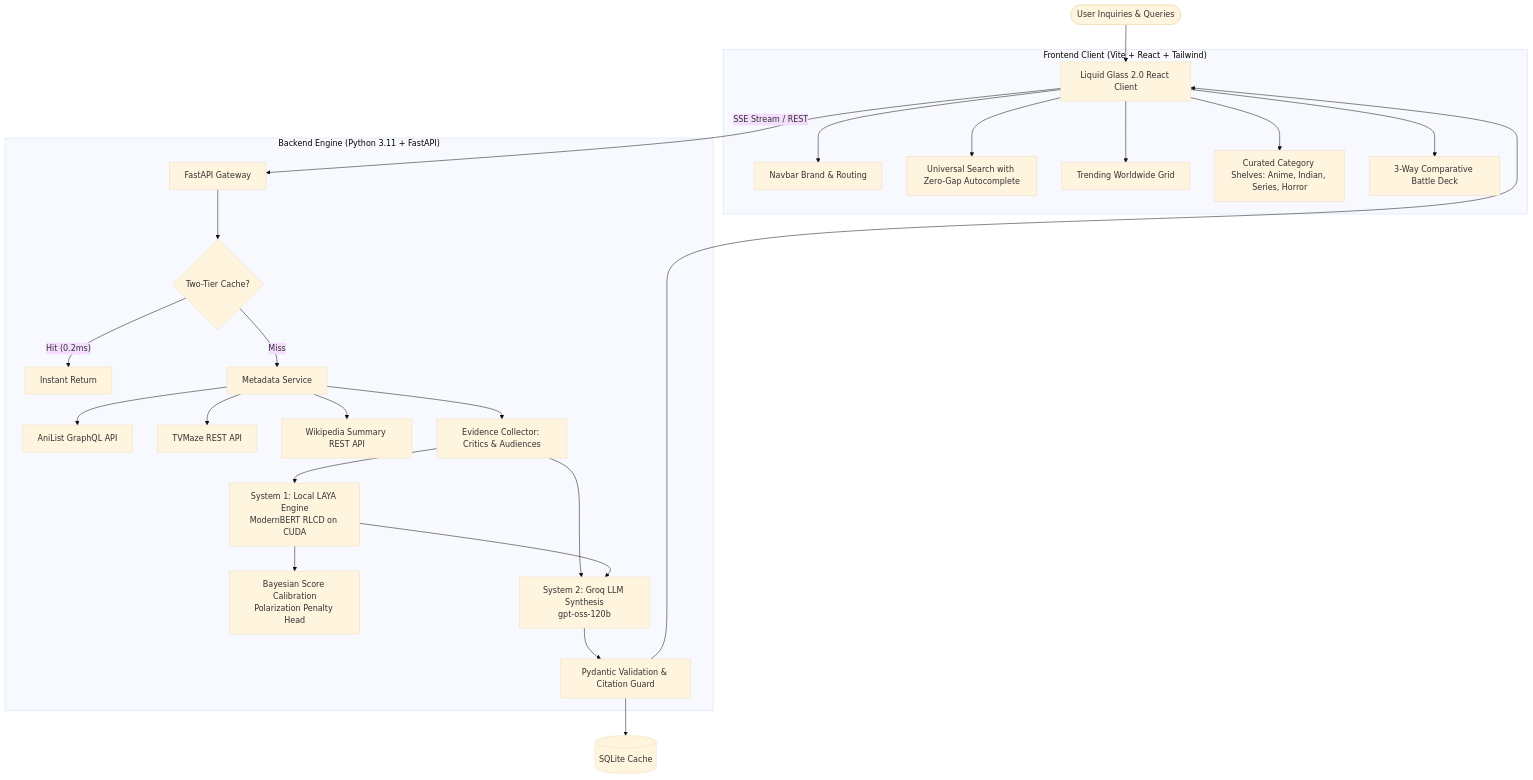
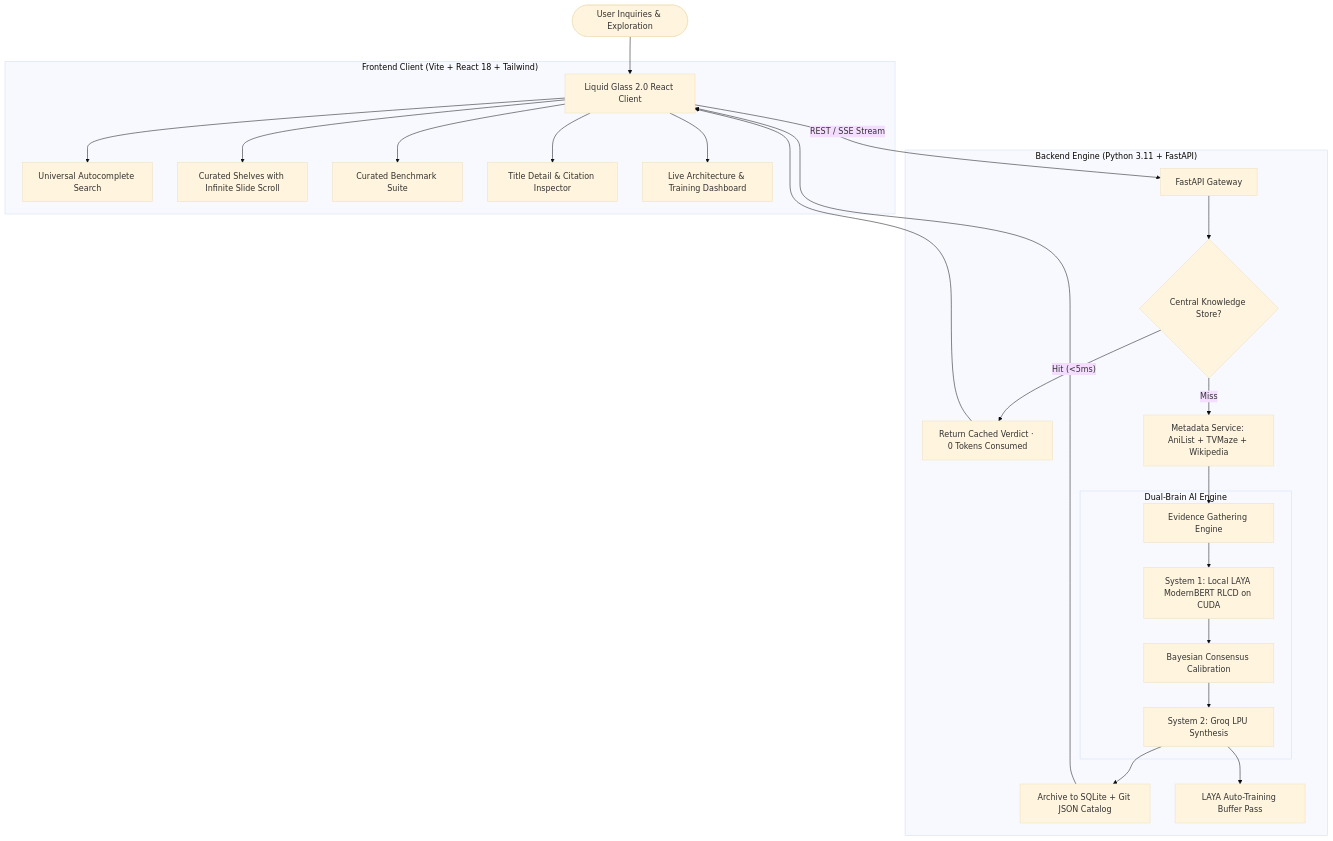
One commit to Morningstar777-star/CineScope changed the diagram in README.md. Above: the diagram before and after it, drawn with Mermaid (base theme). The commit also changed other lines of this file and 10 other files, not shown here.

````diff
--- a/README.md
+++ b/README.md
@@ -83,35 +144,34 @@
 ```mermaid
 flowchart TD
-    User([User Inquiries & Queries]) --> UI[Liquid Glass 2.0 React Client]
+    User([User Inquiries & Exploration]) --> UI[Liquid Glass 2.0 React Client]
     
-    subgraph Frontend["Frontend Client (Vite + React + Tailwind)"]
-        UI --> Nav[Navbar Brand & Routing]
-        UI --> Search[Universal Search with Zero-Gap Autocomplete]
-        UI --> Grid[Trending Worldwide Grid]
-        UI --> Shelves[Curated Category Shelves: Anime, Indian, Series, Horror]
-        UI --> Compare[3-Way Comparative Battle Deck]
+    subgraph Frontend["Frontend Client (Vite + React 18 + Tailwind)"]
+        UI --> Search[Universal Autocomplete Search]
+        UI --> Trending[Curated Shelves with Infinite Slide Scroll]
+        UI --> Compare[Curated Benchmark Suite]
+        UI --> Detail[Title Detail & Citation Inspector]
+        UI --> Telemetry[Live Architecture & Training Dashboard]
     end
 
-    UI -- SSE Stream / REST --> API[FastAPI Gateway]
+    UI -- REST / SSE Stream --> API[FastAPI Gateway]
 
     subgraph Backend["Backend Engine (Python 3.11 + FastAPI)"]
-        API --> Cache{Two-Tier Cache?}
-        Cache -- Hit (0.2ms) --> CachedData[Instant Return]
-        Cache -- Miss --> Meta[Metadata Service]
-
-        Meta --> AniList[AniList GraphQL API]
-        Meta --> TVMaze[TVMaze REST API]
-        Meta --> Wiki[Wikipedia Summary REST API]
-
-        Meta --> Evidence[Evidence Collector: Critics & Audiences]
-        Evidence --> Laya[System 1: Local LAYA Engine\nModernBERT RLCD on CUDA]
+        API --> CentralStore{Central Knowledge Store?}
+        CentralStore -- Hit (<5ms) --> ZeroToken[Return Cached Verdict · 0 Tokens Consumed]
         
-        Laya --> Bayes[Bayesian Score Calibration\nPolarization Penalty Head]
+        CentralStore -- Miss --> Meta[Metadata Service: AniList + TVMaze + Wikipedia]
+        Meta --> Research[Evidence Gathering Engine]
         
-        Evidence & Laya --> Groq[System 2: Groq LLM Synthesis\ngpt-oss-120b]
-        Groq --> Pydantic[Pydantic Validation & Citation Guard]
+        subgraph DualBrain["Dual-Brain AI Engine"]
+            Research --> LAYA[System 1: Local LAYA ModernBERT RLCD on CUDA]
+            LAYA --> Bayesian[Bayesian Consensus Calibration]
+            Bayesian --> Groq[System 2: Groq LPU Synthesis]
+        end
+        
+        Groq --> Archive[Archive to SQLite + Git JSON Catalog]
+        Groq --> AutoTrain[LAYA Auto-Training Buffer Pass]
     end
 
-    Pydantic --> DB[(SQLite Cache)]
-    Pydantic --> UI
+    ZeroToken --> UI
+    Archive --> UI
 ```
````
